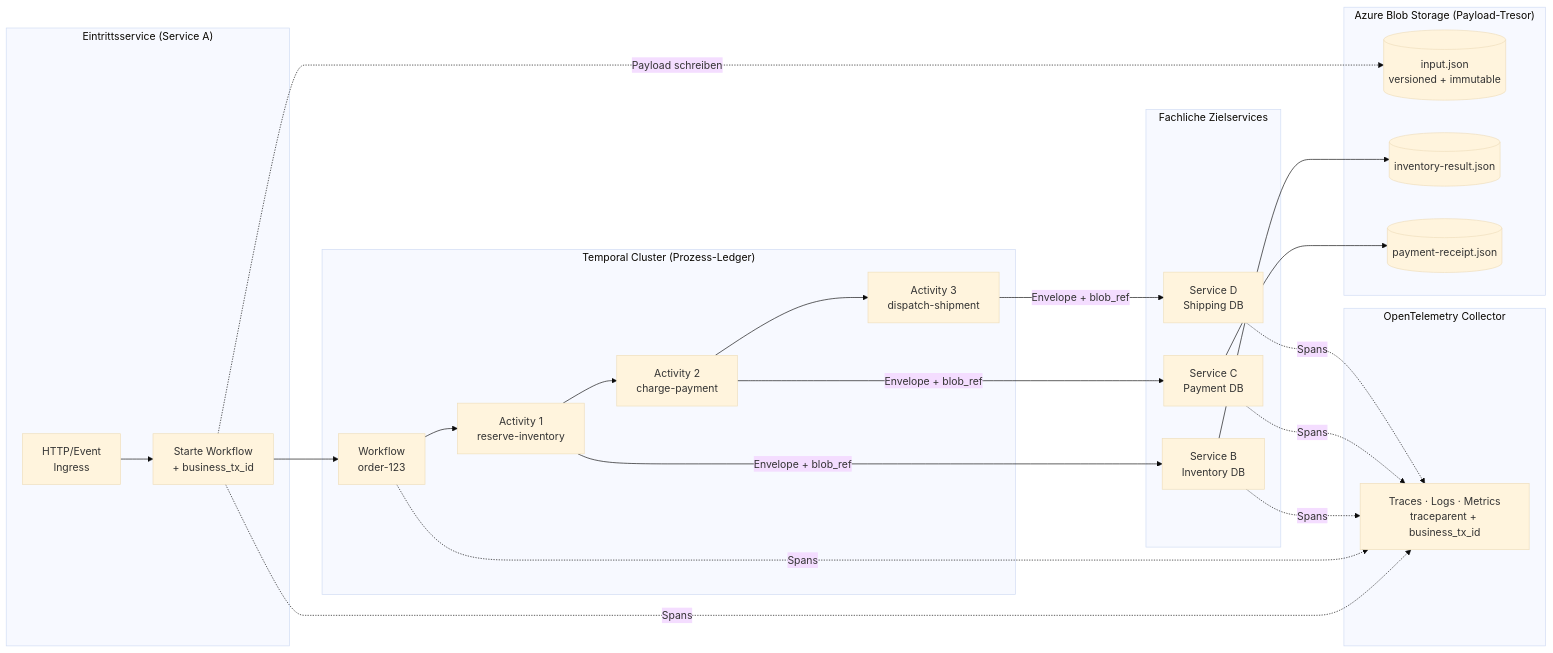
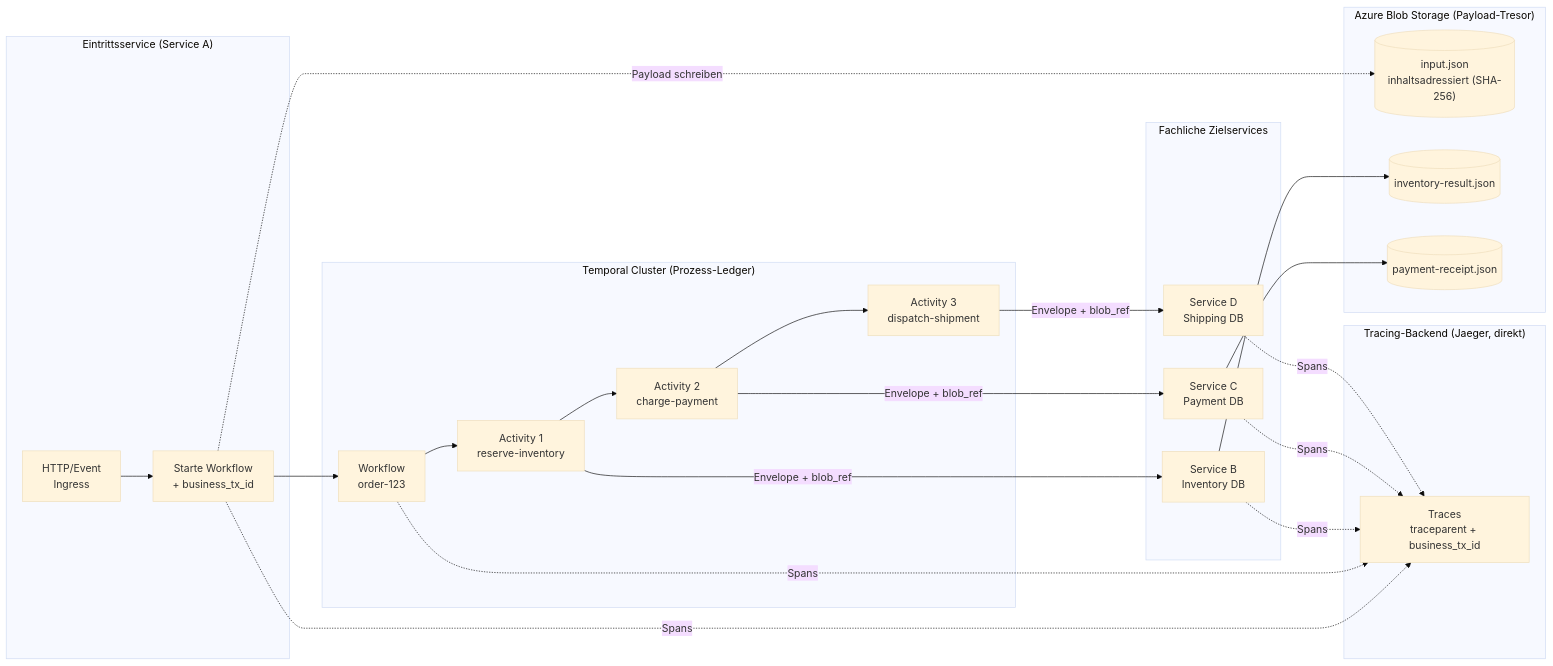
The first of 6 diagrams in sdd/research/research-temporal-azure-otel-orchestration.md (haalfi/integration-showcase), drawn with Mermaid (base theme) before and after one commit. The commit also changed other lines of this file and 2 other files, not shown here.

````diff
--- a/sdd/research/research-temporal-azure-otel-orchestration.md
+++ b/sdd/research/research-temporal-azure-otel-orchestration.md
@@ -28,43 +28,43 @@
 ```mermaid
 flowchart LR
     subgraph Edge["Eintrittsservice (Service A)"]
         A1["HTTP/Event<br/>Ingress"]
         A2["Starte Workflow<br/>+ business_tx_id"]
     end
 
     subgraph Temporal["Temporal Cluster (Prozess-Ledger)"]
         T1["Workflow<br/>order-123"]
         T2["Activity 1<br/>reserve-inventory"]
         T3["Activity 2<br/>charge-payment"]
         T4["Activity 3<br/>dispatch-shipment"]
         T1 --> T2 --> T3 --> T4
     end
 
     subgraph Blob["Azure Blob Storage (Payload-Tresor)"]
-        B1[("input.json<br/>versioned + immutable")]
+        B1[("input.json<br/>inhaltsadressiert (SHA-256)")]
         B2[("inventory-result.json")]
         B3[("payment-receipt.json")]
     end
 
     subgraph Services["Fachliche Zielservices"]
         SB["Service B<br/>Inventory DB"]
         SC["Service C<br/>Payment DB"]
         SD["Service D<br/>Shipping DB"]
     end
 
-    subgraph Obs["OpenTelemetry Collector"]
-        OT["Traces · Logs · Metrics<br/>traceparent + business_tx_id"]
+    subgraph Obs["Tracing-Backend (Jaeger, direkt)"]
+        OT["Traces<br/>traceparent + business_tx_id"]
     end
 
     A1 --> A2 --> T1
     A2 -. "Payload schreiben" .-> B1
     T2 -- Envelope + blob_ref --> SB --> B2
     T3 -- Envelope + blob_ref --> SC --> B3
     T4 -- Envelope + blob_ref --> SD
 
     A2 -. Spans .-> OT
     T1 -. Spans .-> OT
     SB -. Spans .-> OT
     SC -. Spans .-> OT
     SD -. Spans .-> OT
 ```
````
